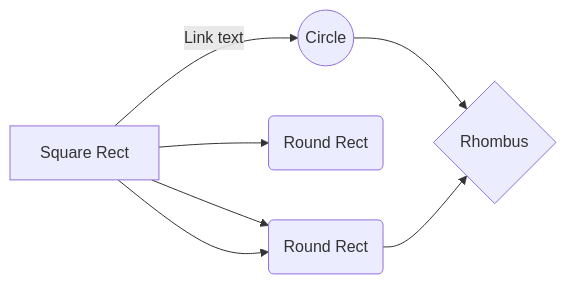
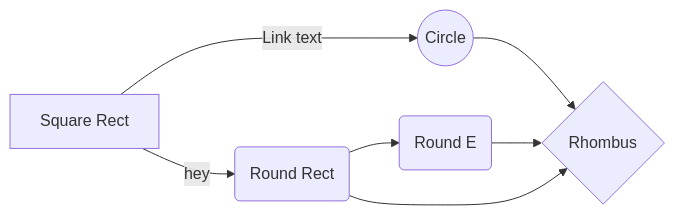
Before and after one commit to Nixxxxxxx/UnityHexo: the second of 2 diagrams in MarkdowReference.md, drawn with Mermaid. The commit also changed other lines of this file, not shown here.

Commit message:
MarkdowReference.md updated from https://stackedit.io/

````diff
--- a/MarkdowReference.md
+++ b/MarkdowReference.md
@@ -137,9 +137,9 @@
 ```mermaid
 graph LR
 A[Square Rect] -- Link text --> B((Circle))
-A --> E(Round Rect)
-A --> C(Round Rect)
-A --> C(Round Rect)
+A -- hey --> E(Round Rect)
+E --> C(Round E)
+E --> D
 B --> D{Rhombus}
 C --> D
 ```
````
